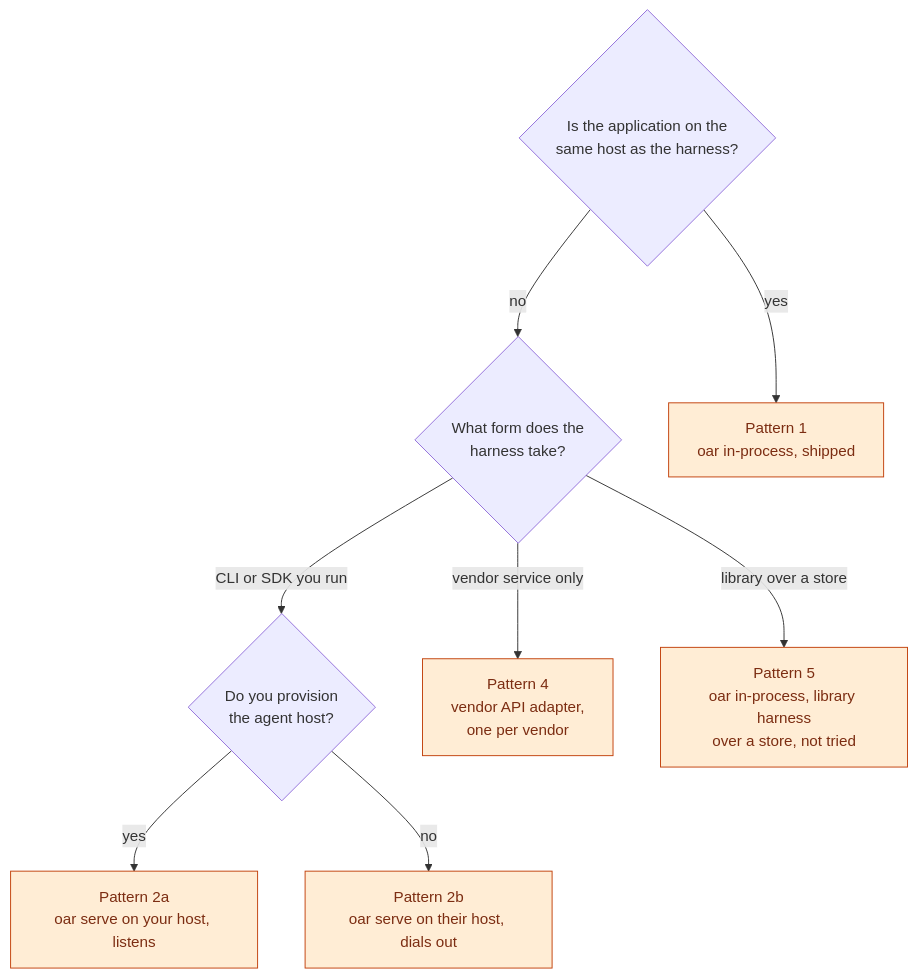
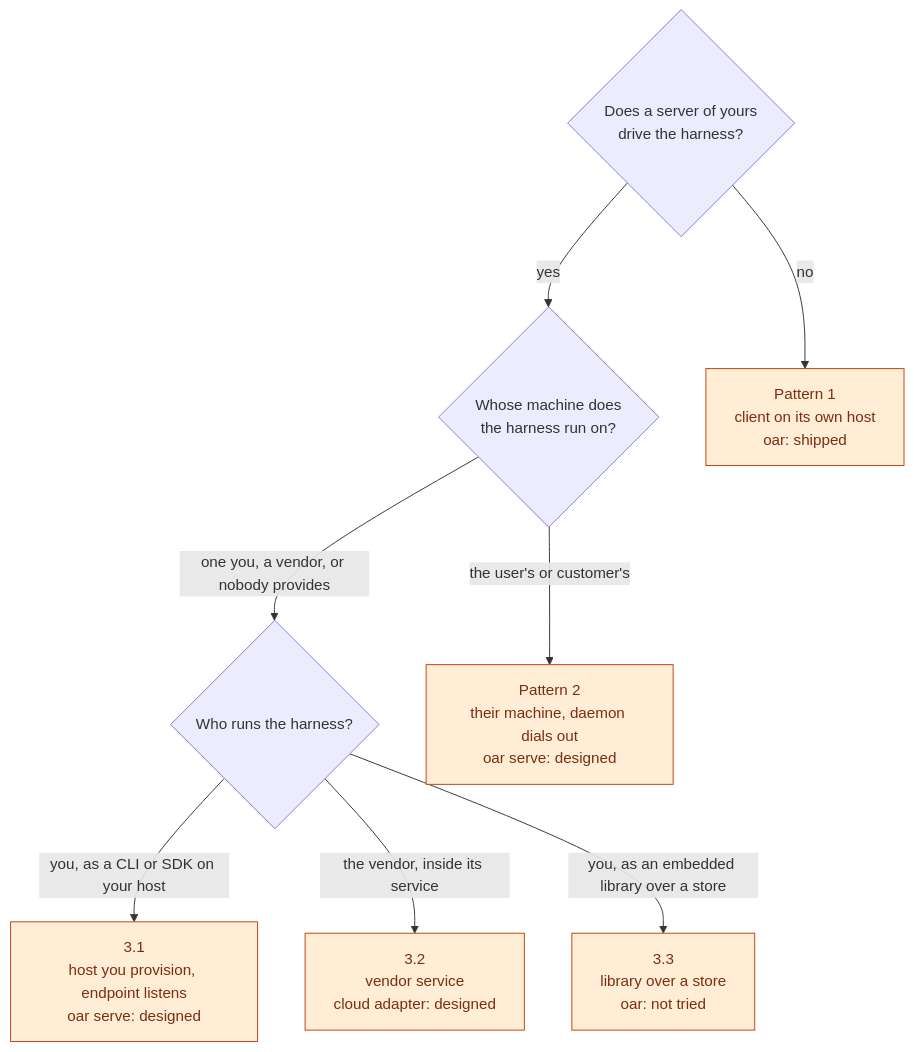
Diagram 12 of 12 in docs/design/patterns.md (botiverse/oar), drawn with Mermaid before and after one commit. The commit also changed other lines of this file and 1 other file, not shown here.

First line of the commit message:
docs(design): rewrite deployment patterns around the client and server split

````diff
--- a/docs/design/patterns.md
+++ b/docs/design/patterns.md
@@ -903,19 +990,20 @@
 ```mermaid
 flowchart TD
-  Q1{"Is the application on the<br/>same host as the harness?"}
-  Q2{"What form does the<br/>harness take?"}
-  Q3{"Do you provision<br/>the agent host?"}
-  P1["Pattern 1<br/>oar in-process, shipped"]:::oar
-  P2A["Pattern 2a<br/>oar serve on your host, listens"]:::oar
-  P2B["Pattern 2b<br/>oar serve on their host, dials out"]:::oar
-  P4["Pattern 4<br/>vendor API adapter,<br/>one per vendor"]:::oar
-  P5["Pattern 5<br/>oar in-process, library harness<br/>over a store, not tried"]:::oar
-  Q1 -- "yes" --> P1
-  Q1 -- "no" --> Q2
-  Q2 -- "CLI or SDK you run" --> Q3
-  Q2 -- "vendor service only" --> P4
-  Q2 -- "library over a store" --> P5
-  Q3 -- "yes" --> P2A
-  Q3 -- "no" --> P2B
-  classDef oar fill:#ffedd5,stroke:#c2410c,color:#7c2d12
+  Q1{"Does a server of yours<br/>drive the harness?"}
+  Q2{"Whose machine does<br/>the harness run on?"}
+  Q3{"Who runs the harness?"}
+  P1["Pattern 1<br/>client on its own host<br/>oar: shipped"]
+  P2["Pattern 2<br/>their machine, daemon dials out<br/>oar serve: designed"]
+  P31["3.1<br/>host you provision, endpoint listens<br/>oar serve: designed"]
+  P32["3.2<br/>vendor service<br/>cloud adapter: designed"]
+  P33["3.3<br/>library over a store<br/>oar: not tried"]
+  Q1 -- "no" --> P1
+  Q1 -- "yes" --> Q2
+  Q2 -- "the user's or customer's" --> P2
+  Q2 -- "one you, a vendor, or nobody provides" --> Q3
+  Q3 -- "you, as a CLI or SDK on your host" --> P31
+  Q3 -- "the vendor, inside its service" --> P32
+  Q3 -- "you, as an embedded library over a store" --> P33
+  classDef p fill:#ffedd5,stroke:#c2410c,color:#7c2d12
+  class P1,P2,P31,P32,P33 p
 ```
````
